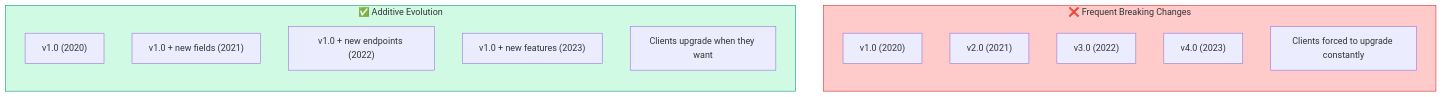
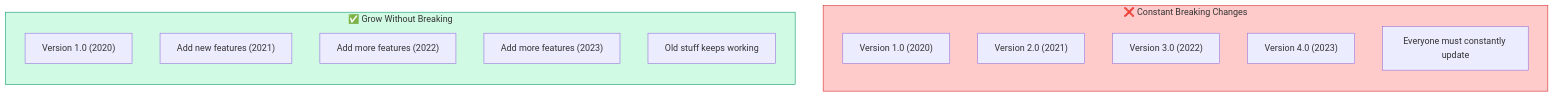
The tenth of 16 diagrams in _topics/scaling-api-design-architecture-part-2.md (rilov/handbook), drawn with Mermaid before and after one commit. The commit also changed other lines of this file, not shown here.

```diff
--- a/_topics/scaling-api-design-architecture-part-2.md
+++ b/_topics/scaling-api-design-architecture-part-2.md
@@ -482,23 +491,23 @@
 <div class="mermaid">
 flowchart TD
-    subgraph bad["❌ Frequent Breaking Changes"]
+    subgraph bad["❌ Constant Breaking Changes"]
         direction TB
-        V1["v1.0 (2020)"]
-        V2["v2.0 (2021)"]
-        V3["v3.0 (2022)"]
-        V4["v4.0 (2023)"]
-        Note1["Clients forced to upgrade constantly"]
+        V1["Version 1.0 (2020)"]
+        V2["Version 2.0 (2021)"]
+        V3["Version 3.0 (2022)"]
+        V4["Version 4.0 (2023)"]
+        Note1["Everyone must constantly update"]
     end
     
-    subgraph good["✅ Additive Evolution"]
+    subgraph good["✅ Grow Without Breaking"]
         direction TB
-        Base["v1.0 (2020)"]
-        Add1["v1.0 + new fields (2021)"]
-        Add2["v1.0 + new endpoints (2022)"]
-        Add3["v1.0 + new features (2023)"]
-        Note2["Clients upgrade when they want"]
+        Base["Version 1.0 (2020)"]
+        Add1["Add new features (2021)"]
+        Add2["Add more features (2022)"]
+        Add3["Add more features (2023)"]
+        Note2["Old stuff keeps working"]
     end
     
     style bad fill:#fecaca,stroke:#dc2626
     style good fill:#d1fae5,stroke:#059669
 </div>
```
